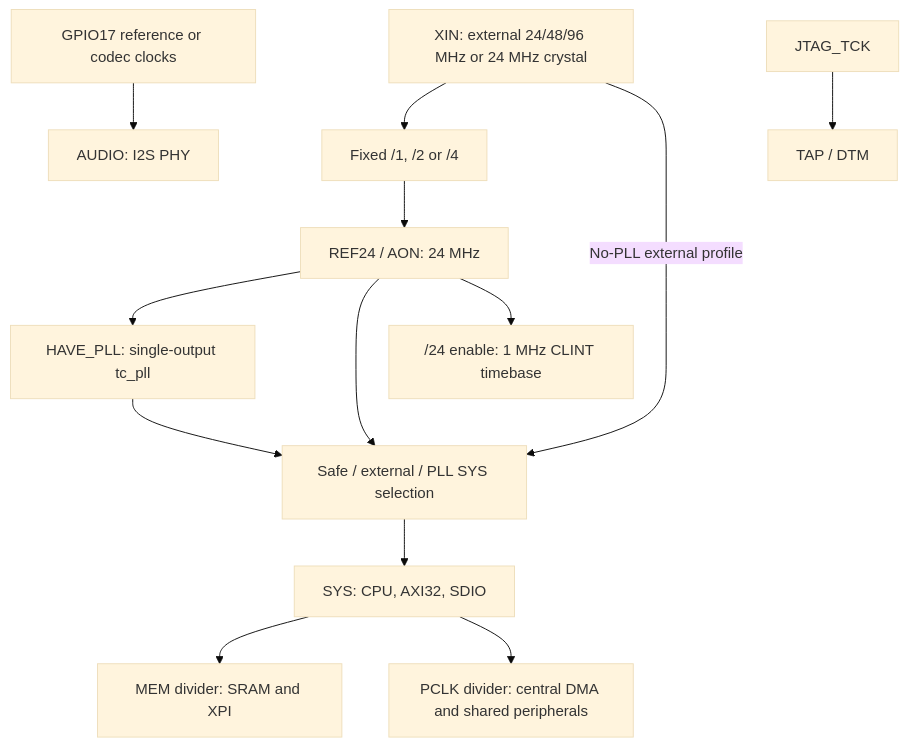
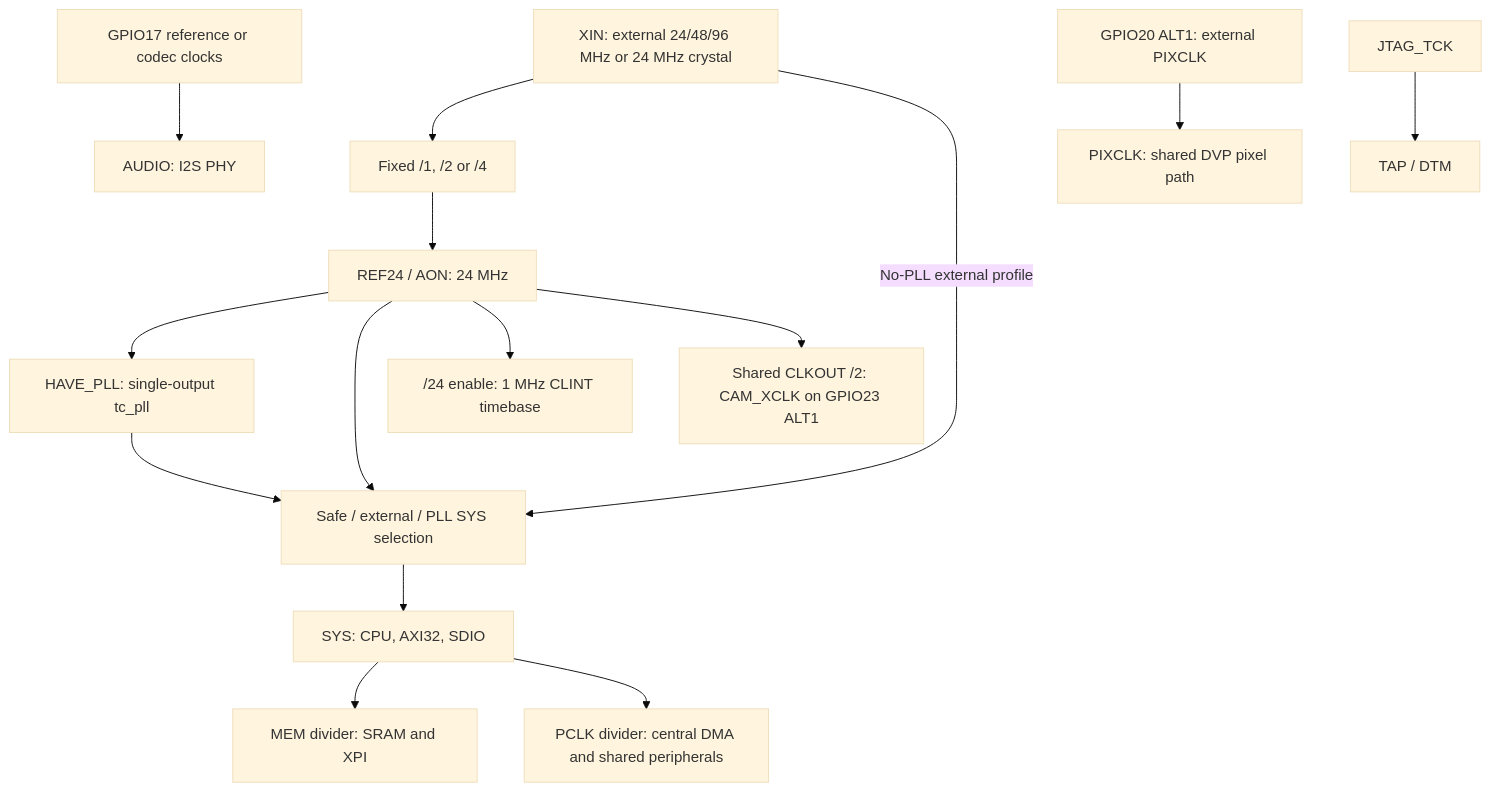
The second of 3 diagrams in docs/ip/tiny-soc.md (retroSoC/retroSoC), drawn with Mermaid (base theme) before and after one commit. The commit also changed other lines of this file and 8 other files, not shown here.

````diff
--- a/docs/ip/tiny-soc.md
+++ b/docs/ip/tiny-soc.md
@@ -432,15 +673,17 @@
 ```mermaid
 flowchart TD
     xin["XIN: external 24/48/96 MHz or 24 MHz crystal"] --> normalize["Fixed /1, /2 or /4"]
     normalize --> ref["REF24 / AON: 24 MHz"]
     ref --> pll["HAVE_PLL: single-output tc_pll"]
     ref --> mux["Safe / external / PLL SYS selection"]
     xin -->|"No-PLL external profile"| mux
     pll --> mux
     mux --> sys["SYS: CPU, AXI32, SDIO"]
     sys --> mem["MEM divider: SRAM and XPI"]
     sys --> pclk["PCLK divider: central DMA and shared peripherals"]
     ref --> tick["/24 enable: 1 MHz CLINT timebase"]
     audio["GPIO17 reference or codec clocks"] --> i2s["AUDIO: I2S PHY"]
+    ref --> camclk["Shared CLKOUT /2: CAM_XCLK on GPIO23 ALT1"]
+    pixel["GPIO20 ALT1: external PIXCLK"] --> dvp["PIXCLK: shared DVP pixel path"]
     tck["JTAG_TCK"] --> dtm["TAP / DTM"]
 ```
````
